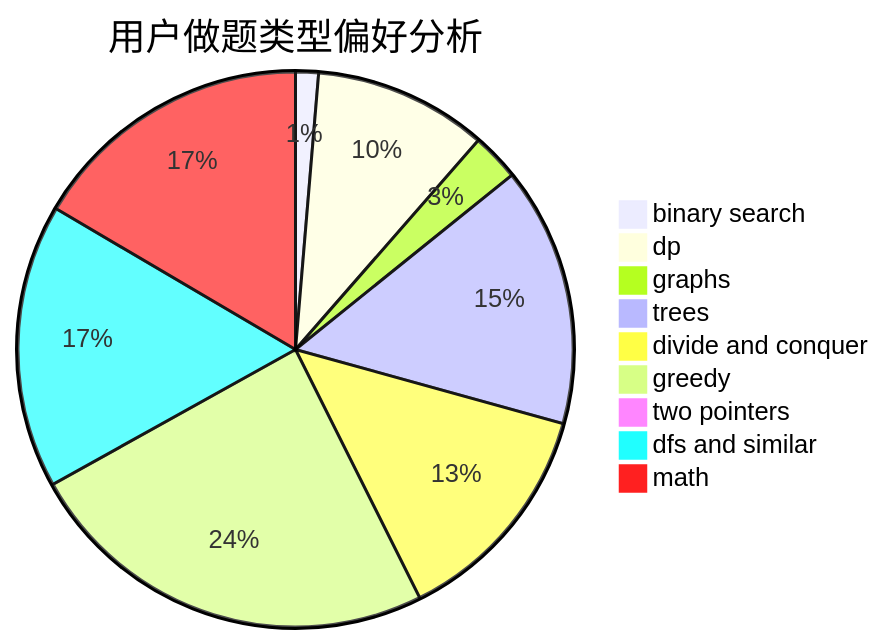
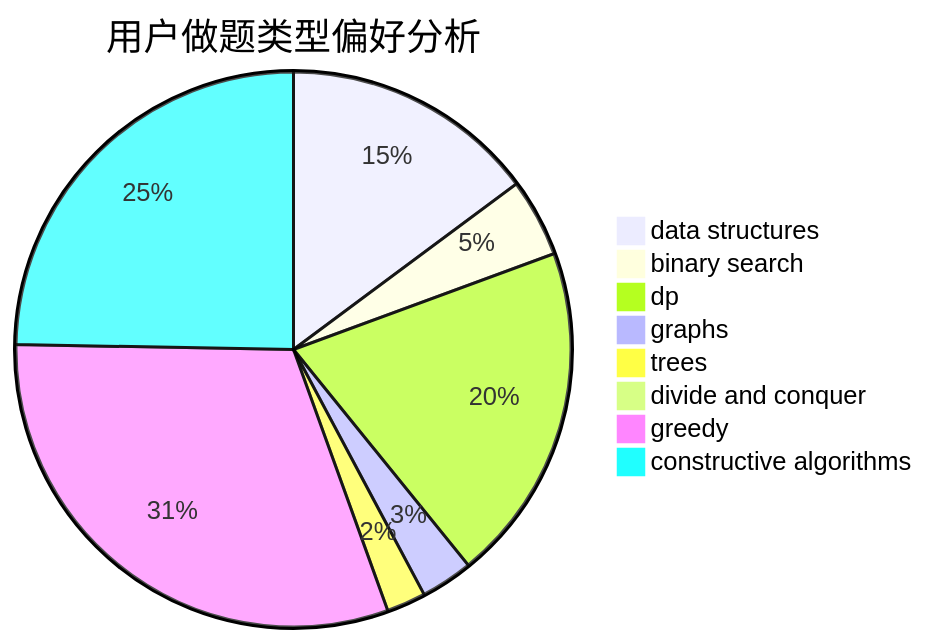
The second of 3 diagrams in docs/user/u1500.md (sherpahu/cfrs.github.io), drawn with Mermaid before and after one commit. The commit also changed other lines of this file and 2775 other files, not shown here.

````diff
--- a/docs/user/u1500.md
+++ b/docs/user/u1500.md
@@ -23,12 +23,11 @@
 ```mermaid
 pie title 用户做题类型偏好分析
+    "data structures" :  39
     "binary search" :  12
-    "dp" :  91
-    "graphs" :  25
-    "trees" :  136
-    "divide and conquer" :  120
-    "greedy" :  219
-    "two pointers" :  0
-    "dfs and similar" :  149
-    "math" :  149
+    "dp" :  52
+    "graphs" :  8
+    "trees" :  6
+    "divide and conquer" :  0
+    "greedy" :  81
+    "constructive algorithms" :  65
 ```
````
